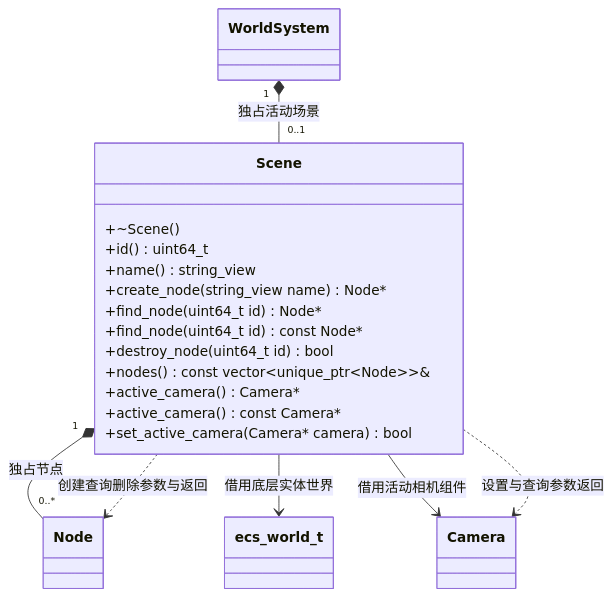
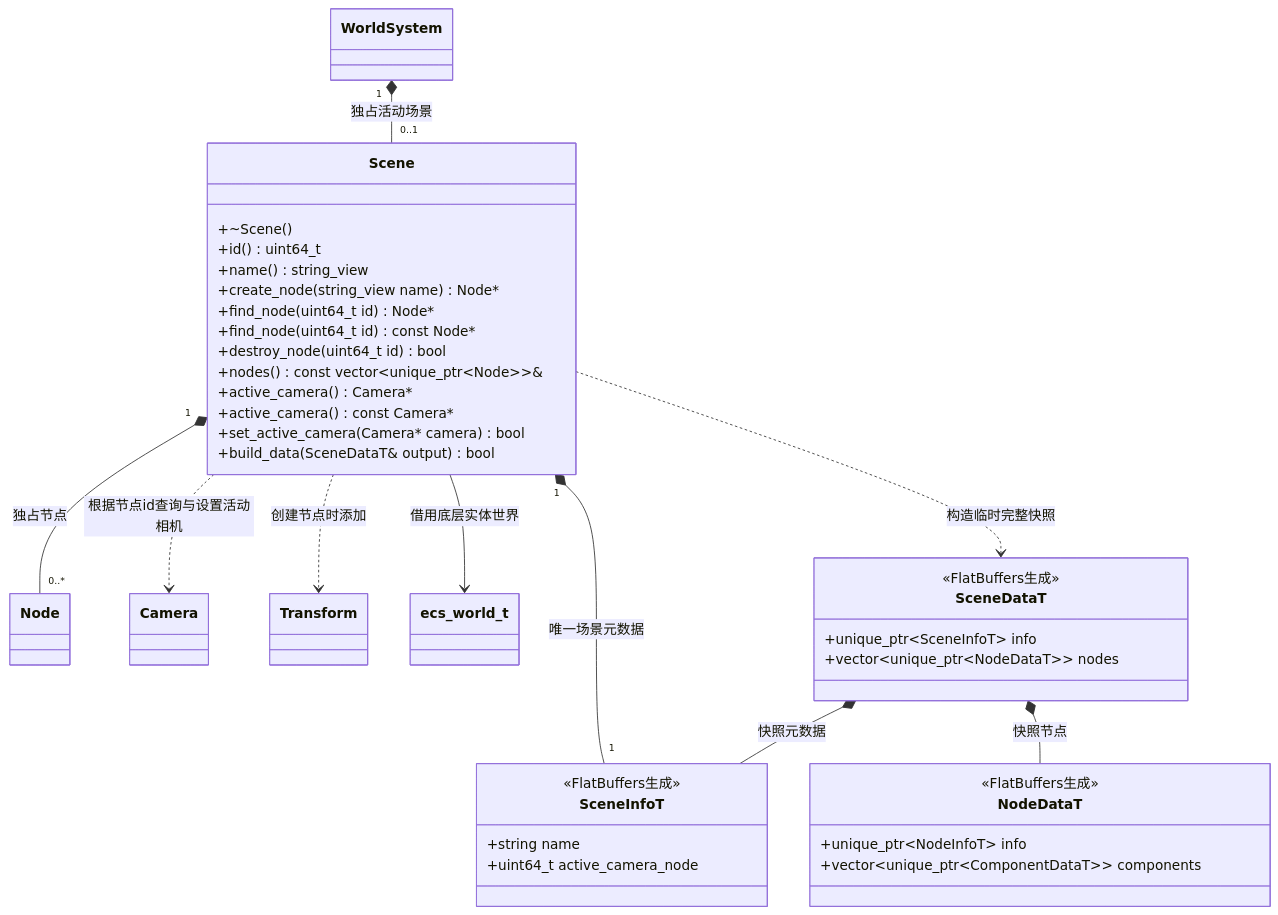
Before and after one commit to lcals/Engine: the diagram in docs/runtime/class-diagrams/scene.md, drawn with Mermaid. The commit also changed other lines of this file and 93 other files, not shown here.

Commit message:
refactor: unify scene data and modularize script bindings

````diff
--- a/docs/runtime/class-diagrams/scene.md
+++ b/docs/runtime/class-diagrams/scene.md
@@ -7,26 +7,46 @@
 ```mermaid
 classDiagram
     class Scene {
         +~Scene()
         +id() uint64_t
         +name() string_view
         +create_node(string_view name) Node#42;
         +find_node(uint64_t id) Node#42;
         +find_node(uint64_t id) const Node#42;
         +destroy_node(uint64_t id) bool
         +nodes() const vector~unique_ptr~Node~~&
         +active_camera() Camera#42;
         +active_camera() const Camera#42;
         +set_active_camera(Camera#42; camera) bool
+        +build_data(SceneDataT& output) bool
     }
     class WorldSystem
     class Node
     class Camera
+    class Transform
     class ecs_world_t
+    class SceneInfoT {
+        <<FlatBuffers生成>>
+        +string name
+        +uint64_t active_camera_node
+    }
+    class SceneDataT {
+        <<FlatBuffers生成>>
+        +unique_ptr~SceneInfoT~ info
+        +vector~unique_ptr~NodeDataT~~ nodes
+    }
+    class NodeDataT {
+        <<FlatBuffers生成>>
+        +unique_ptr~NodeInfoT~ info
+        +vector~unique_ptr~ComponentDataT~~ components
+    }
     WorldSystem "1" *-- "0..1" Scene : 独占活动场景
     Scene "1" *-- "0..*" Node : 独占节点
+    Scene "1" *-- "1" SceneInfoT : 唯一场景元数据
     Scene --> ecs_world_t : 借用底层实体世界
-    Scene --> Camera : 借用活动相机组件
-    Scene ..> Node : 创建查询删除参数与返回
-    Scene ..> Camera : 设置与查询参数返回
+    Scene ..> Camera : 根据节点id查询与设置活动相机
+    Scene ..> Transform : 创建节点时添加
+    Scene ..> SceneDataT : 构造临时完整快照
+    SceneDataT *-- SceneInfoT : 快照元数据
+    SceneDataT *-- NodeDataT : 快照节点
 ```
````
